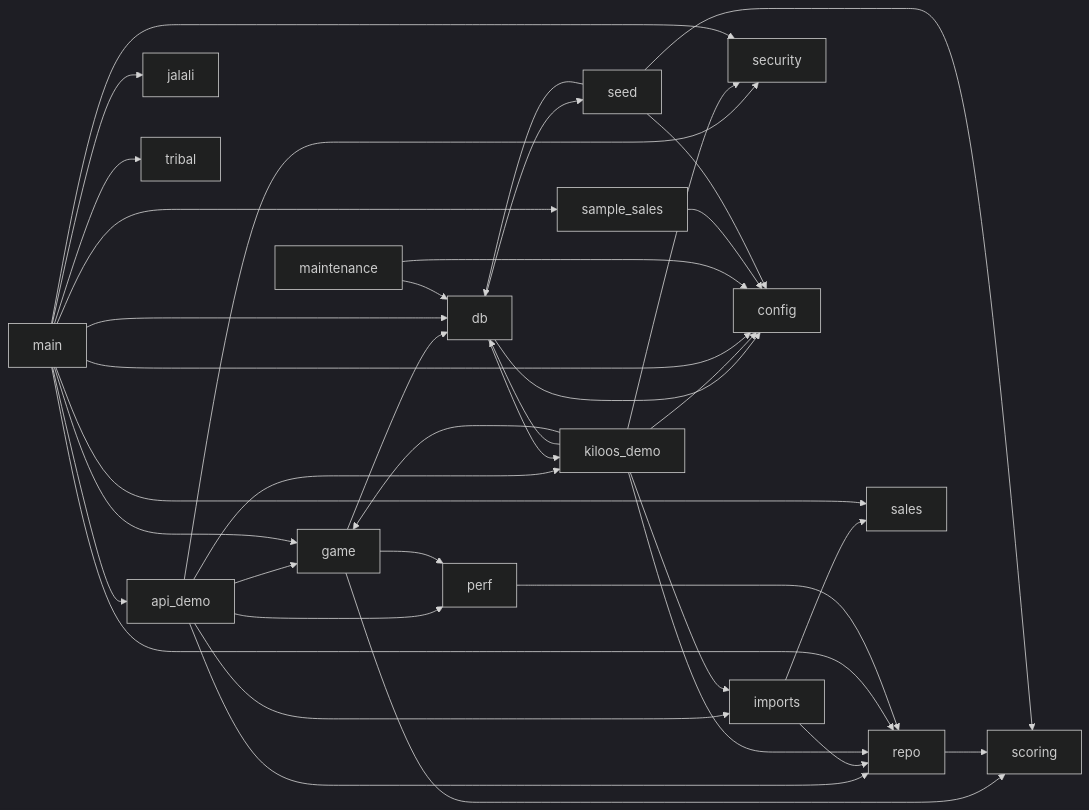
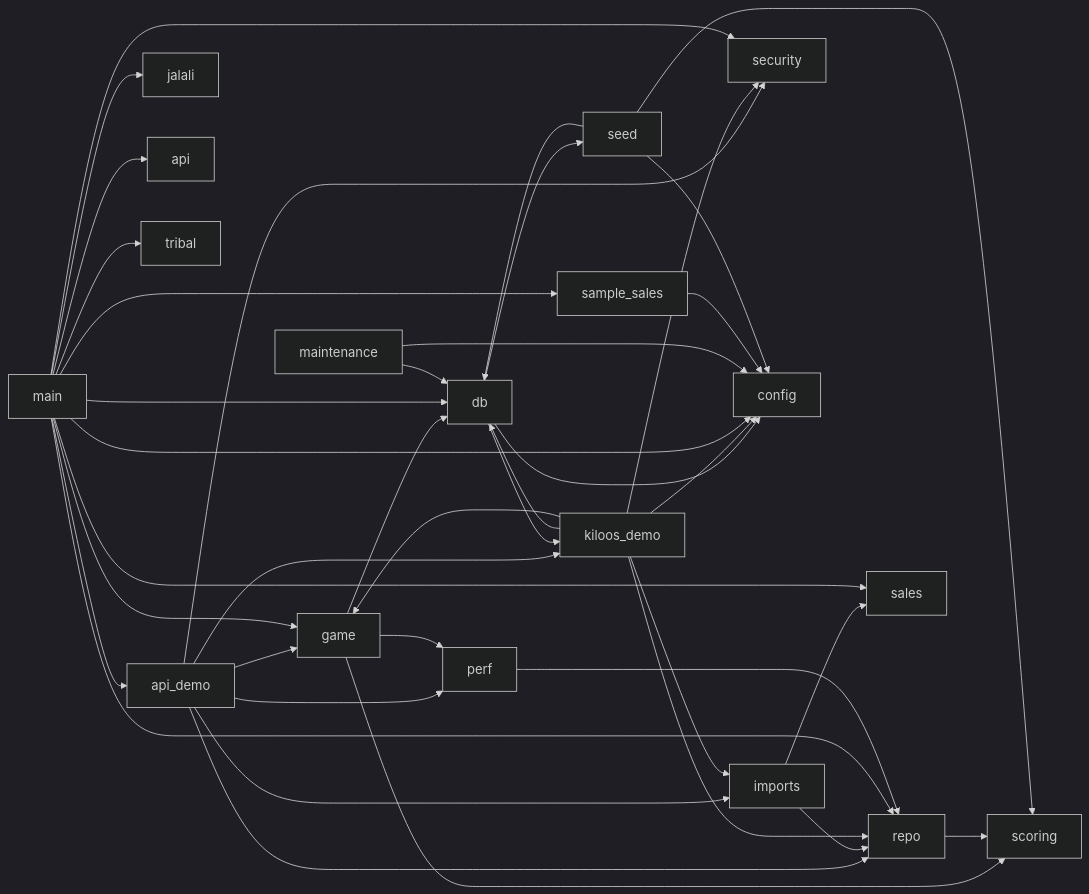
The diagram in docs/agent-guide/code-map.md (iciiex/comu-center), drawn with Mermaid (dark theme) before and after one commit. The commit also changed other lines of this file and 19 other files, not shown here.

````diff
--- a/docs/agent-guide/code-map.md
+++ b/docs/agent-guide/code-map.md
@@ -51,41 +51,42 @@
 ```mermaid
 graph LR
     api_demo --> game
     api_demo --> imports
     api_demo --> kiloos_demo
     api_demo --> perf
     api_demo --> repo
     api_demo --> security
     db --> config
     db --> kiloos_demo
     db --> seed
     game --> db
     game --> perf
     game --> scoring
     imports --> repo
     imports --> sales
     kiloos_demo --> config
     kiloos_demo --> db
     kiloos_demo --> game
     kiloos_demo --> imports
     kiloos_demo --> repo
     kiloos_demo --> security
     main --> api_demo
     main --> config
     main --> db
     main --> game
     main --> jalali
+    main --> api
     main --> repo
     main --> sales
     main --> sample_sales
     main --> security
     main --> tribal
     maintenance --> config
     maintenance --> db
     perf --> repo
     repo --> scoring
     sample_sales --> config
     seed --> config
     seed --> db
     seed --> scoring
 ```
````
